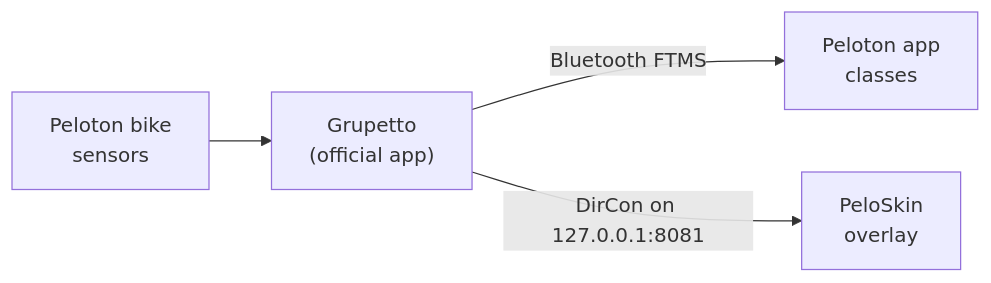
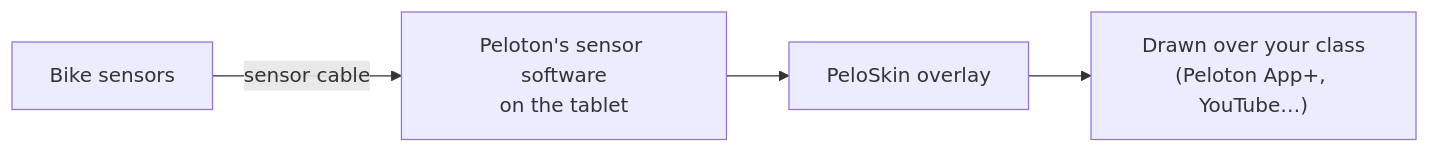
One commit to coreyervin/peloskin changed the diagram in README.md. Above: the diagram before and after it, drawn with Mermaid. The commit also changed other lines of this file and 29 other files, not shown here.

First line of the commit message:
Read the bike directly instead of through Grupetto

````diff
--- a/README.md
+++ b/README.md
@@ -43,6 +61,6 @@
 ```mermaid
 flowchart LR
-    bike["Peloton bike<br/>sensors"] --> grupetto["Grupetto<br/>(official app)"]
-    grupetto -- "Bluetooth FTMS" --> peloton["Peloton app<br/>classes"]
-    grupetto -- "DirCon on 127.0.0.1:8081" --> skin["PeloSkin<br/>overlay"]
+    bike["Bike sensors"] -- "sensor cable" --> service["Peloton's sensor software<br/>on the tablet"]
+    service --> skin["PeloSkin overlay"]
+    skin --> screen["Drawn over your class<br/>(Peloton App+, YouTube…)"]
 ```
````
